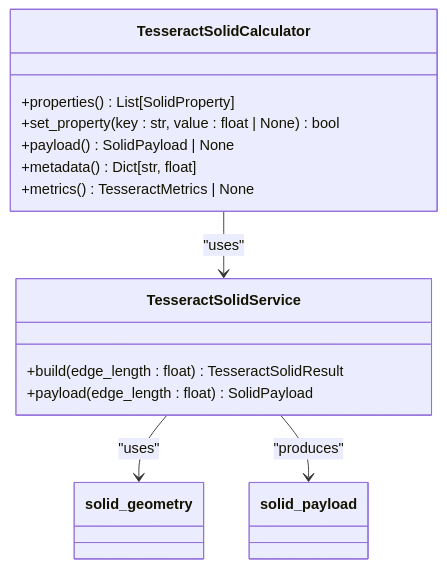
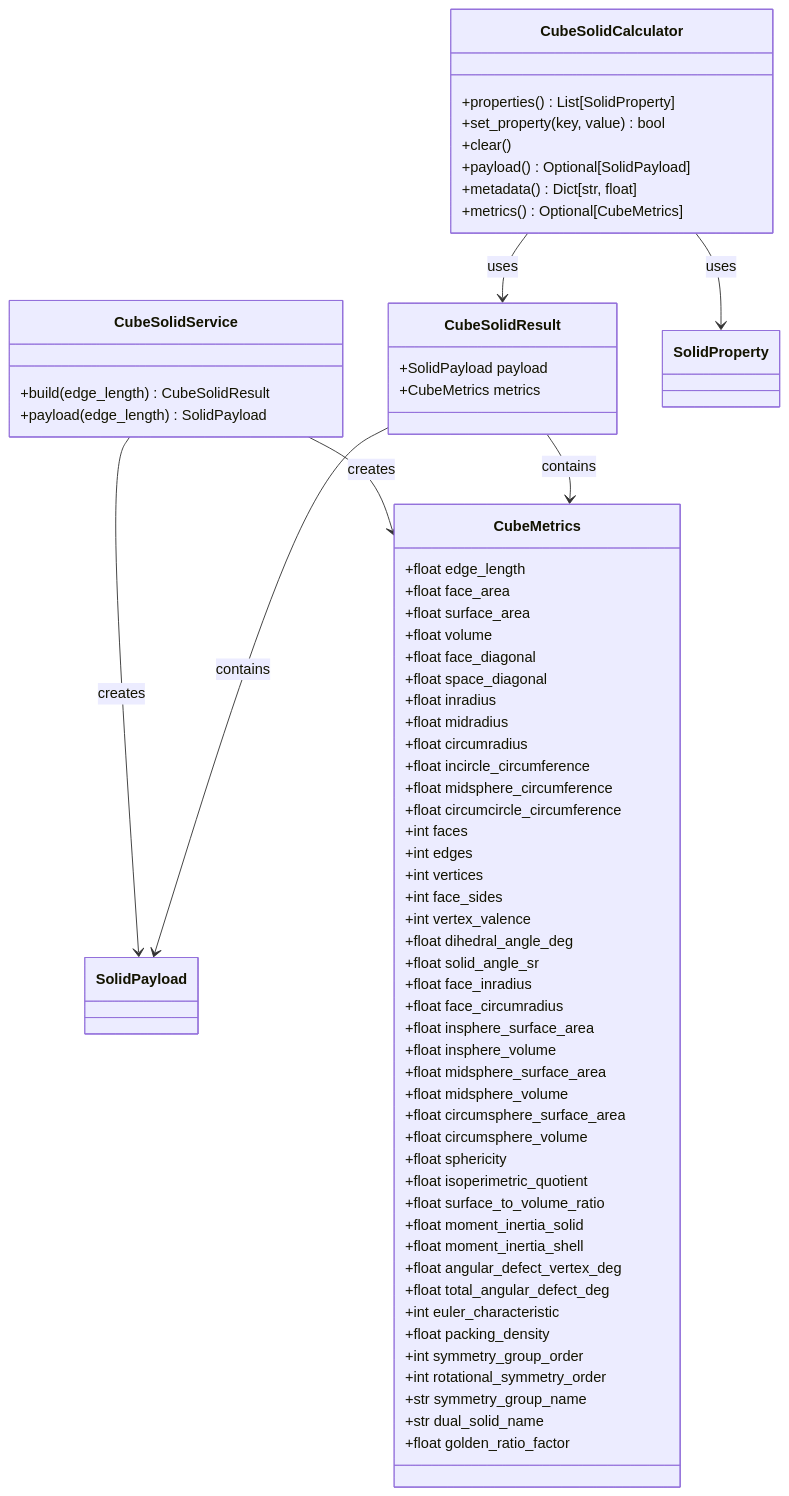
One commit to TheDaniel166/IsopGem changed the sixth of 9 diagrams in .qoder/repowiki/en/content/Architecture Overview/Pillar-Based Architecture/Geometry Pillar/3D Solid Visualizations.md. Above: the diagram before and after it, drawn with Mermaid. The commit also changed other lines of this file and 29 other files, not shown here.

````diff
--- a/.qoder/repowiki/en/content/Architecture Overview/Pillar-Based Architecture/Geometry Pillar/3D Solid Visualizations.md
+++ b/.qoder/repowiki/en/content/Architecture Overview/Pillar-Based Architecture/Geometry Pillar/3D Solid Visualizations.md
@@ -249,17 +338,68 @@
 ```mermaid
 classDiagram
-class TesseractSolidService {
-+build(edge_length : float) TesseractSolidResult
-+payload(edge_length : float) SolidPayload
+class CubeMetrics {
++float edge_length
++float face_area
++float surface_area
++float volume
++float face_diagonal
++float space_diagonal
++float inradius
++float midradius
++float circumradius
++float incircle_circumference
++float midsphere_circumference
++float circumcircle_circumference
++int faces
++int edges
++int vertices
++int face_sides
++int vertex_valence
++float dihedral_angle_deg
++float solid_angle_sr
++float face_inradius
++float face_circumradius
++float insphere_surface_area
++float insphere_volume
++float midsphere_surface_area
++float midsphere_volume
++float circumsphere_surface_area
++float circumsphere_volume
++float sphericity
++float isoperimetric_quotient
++float surface_to_volume_ratio
++float moment_inertia_solid
++float moment_inertia_shell
++float angular_defect_vertex_deg
++float total_angular_defect_deg
++int euler_characteristic
++float packing_density
++int symmetry_group_order
++int rotational_symmetry_order
++str symmetry_group_name
++str dual_solid_name
++float golden_ratio_factor
 }
-class TesseractSolidCalculator {
+class CubeSolidResult {
++SolidPayload payload
++CubeMetrics metrics
+}
+class CubeSolidService {
++build(edge_length) CubeSolidResult
++payload(edge_length) SolidPayload
+}
+class CubeSolidCalculator {
 +properties() List[SolidProperty]
-+set_property(key : str, value : float | None) bool
-+payload() SolidPayload | None
++set_property(key, value) bool
++clear()
++payload() Optional[SolidPayload]
 +metadata() Dict[str, float]
-+metrics() TesseractMetrics | None
++metrics() Optional[CubeMetrics]
 }
-TesseractSolidService --> solid_geometry : "uses"
-TesseractSolidService --> solid_payload : "produces"
-TesseractSolidCalculator --> TesseractSolidService : "uses"
+CubeSolidService --> CubeMetrics : creates
+CubeSolidService --> SolidPayload : creates
+CubeSolidResult --> SolidPayload : contains
+CubeSolidResult --> CubeMetrics : contains
+CubeSolidCalculator --> SolidProperty : uses
+CubeSolidCalculator --> CubeSolidResult : uses
 ```
````
